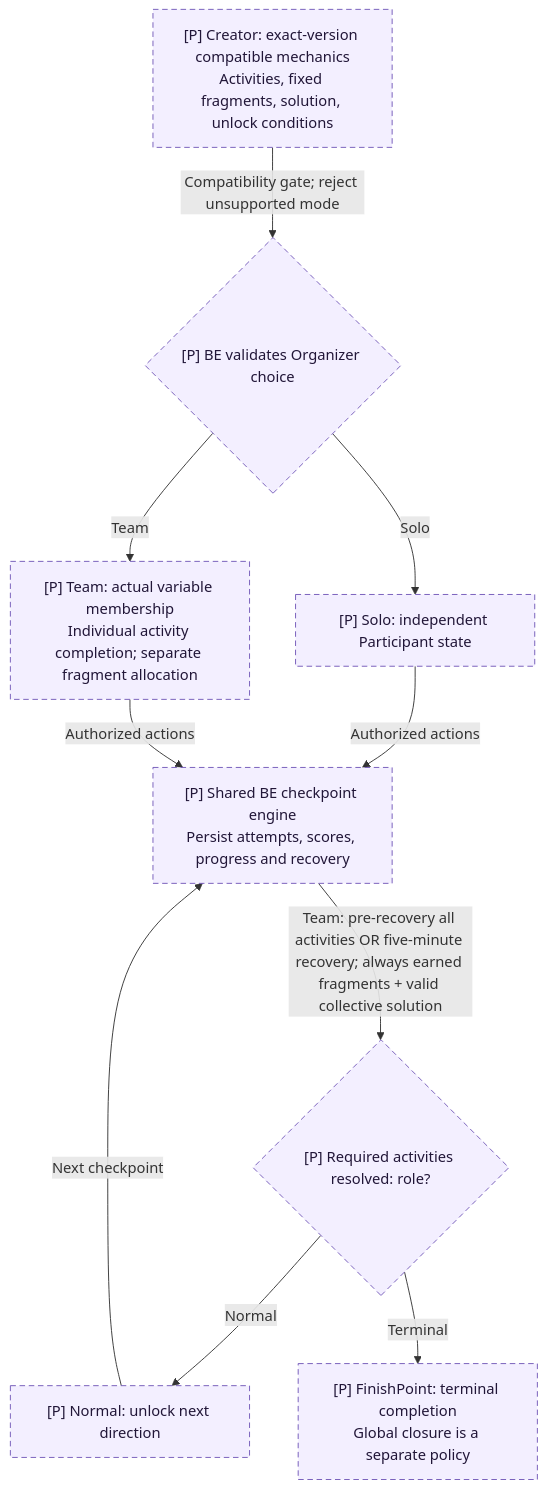
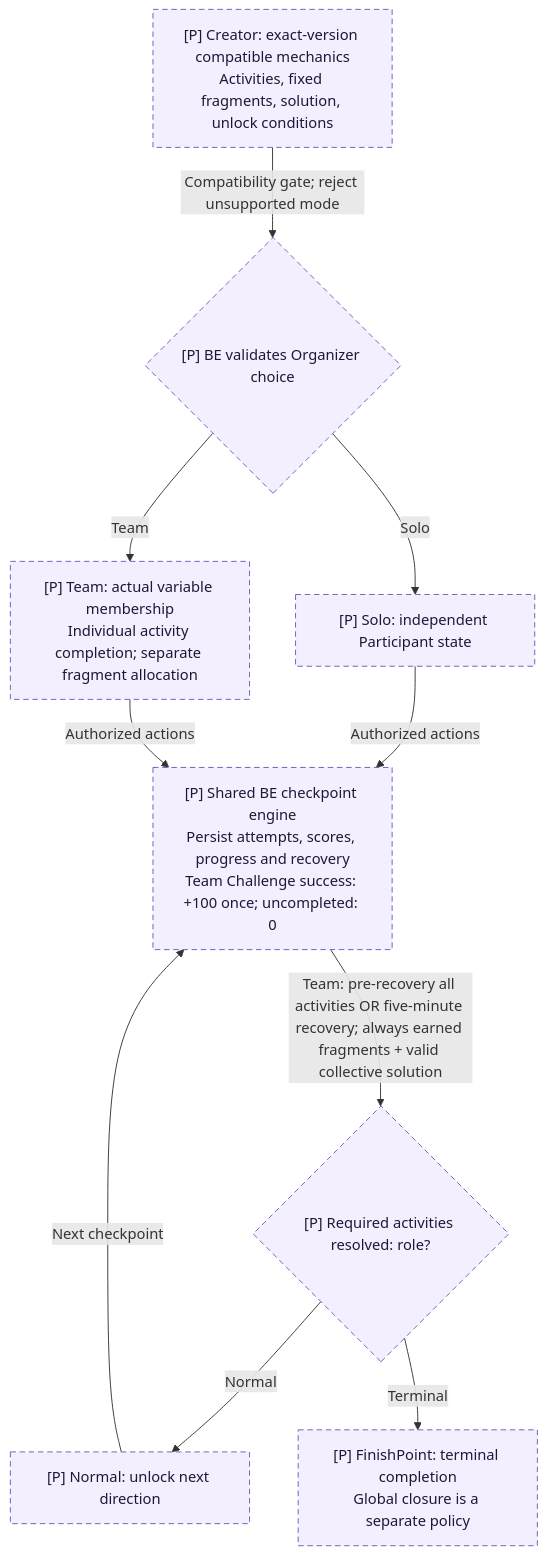
The second of 19 diagrams in docs/TedixHunt_Prototype_Architecture_Implementation_Plan.md (tedixdev-arch/Tedix_Hunt_FE), drawn with Mermaid before and after one commit. The commit also changed other lines of this file and 1 other file, not shown here.

Commit message:
docs: finalize fixed 100-point Team Challenge scoring

````diff
--- a/docs/TedixHunt_Prototype_Architecture_Implementation_Plan.md
+++ b/docs/TedixHunt_Prototype_Architecture_Implementation_Plan.md
@@ -203,22 +207,22 @@
 ```mermaid
 flowchart TB
   template["[P] Creator: exact-version compatible mechanics<br/>Activities, fixed fragments, solution, unlock conditions"]
   mode{"[P] BE validates Organizer choice"}
   solo["[P] Solo: independent Participant state"]
   team["[P] Team: actual variable membership<br/>Individual activity completion; separate fragment allocation"]
-  engine["[P] Shared BE checkpoint engine<br/>Persist attempts, scores, progress and recovery"]
+  engine["[P] Shared BE checkpoint engine<br/>Persist attempts, scores, progress and recovery<br/>Team Challenge success: +100 once; uncompleted: 0"]
   role{"[P] Required activities resolved: role?"}
   next["[P] Normal: unlock next direction"]
   finish["[P] FinishPoint: terminal completion<br/>Global closure is a separate policy"]
   template -->|"Compatibility gate; reject unsupported mode"| mode
   mode -->|"Solo"| solo
   mode -->|"Team"| team
   solo -->|"Authorized actions"| engine
   team -->|"Authorized actions"| engine
   engine -->|"Team: pre-recovery all activities OR five-minute recovery; always earned fragments + valid collective solution"| role
   role -->|"Normal"| next
   next -->|"Next checkpoint"| engine
   role -->|"Terminal"| finish
   classDef planned fill:#F3EFFF,stroke:#7157B8,stroke-dasharray:6 4,color:#211638;
   class template,mode,solo,team,engine,role,next,finish planned;
 ```
````
